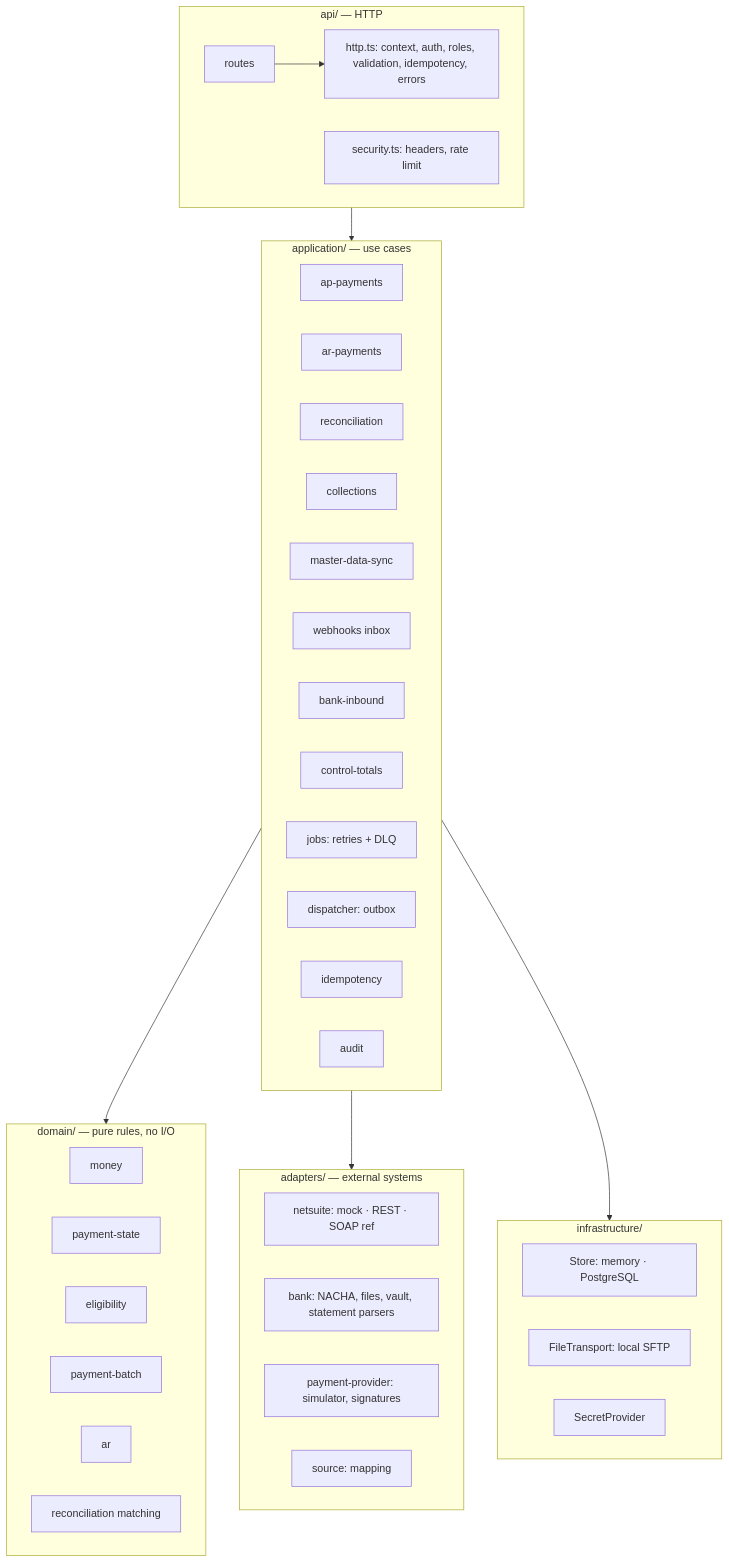
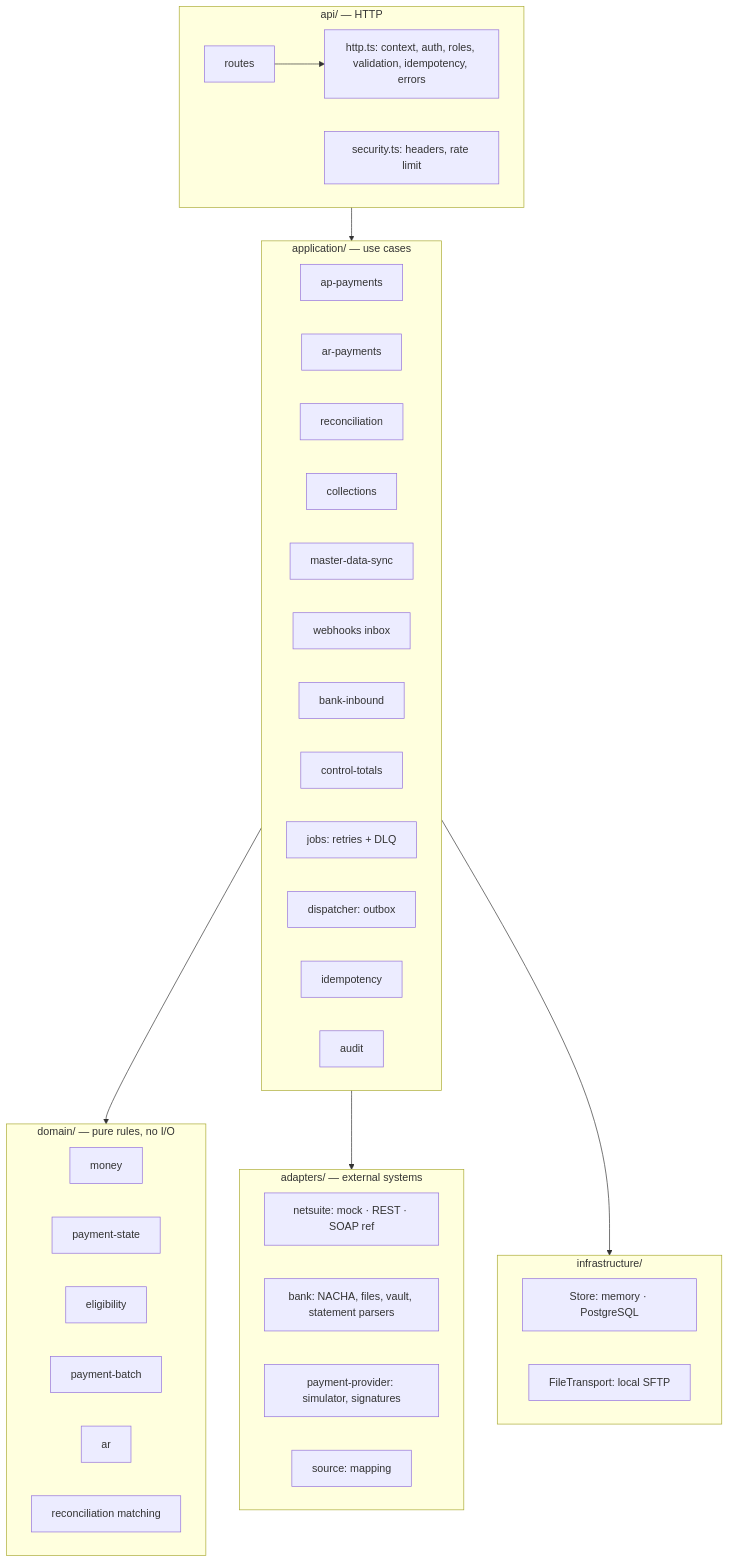
One commit to aarvitechai/NetSuiteV1 changed the second of 2 diagrams in docs/architecture/overview.md. Above: the diagram before and after it, drawn with Mermaid. The commit also changed 35 other files, not shown here.

````diff
--- a/docs/architecture/overview.md
+++ b/docs/architecture/overview.md
@@ -21,24 +21,24 @@
 ```mermaid
 flowchart TB
   subgraph api[api/ — HTTP]
     R[routes] --> H[http.ts: context, auth, roles, validation, idempotency, errors]
     SEC[security.ts: headers, rate limit]
   end
   subgraph app[application/ — use cases]
     APS[ap-payments] & ARS[ar-payments] & REC[reconciliation] & COL[collections] & SYNC[master-data-sync]
     WH[webhooks inbox] & BI[bank-inbound] & CT[control-totals]
     JOBS[jobs: retries + DLQ] & OBX[dispatcher: outbox] & IDEM[idempotency] & AUD[audit]
   end
   subgraph domain[domain/ — pure rules, no I/O]
     M[money] & PS[payment-state] & EL[eligibility] & PB[payment-batch] & ARD[ar] & RM[reconciliation matching]
   end
   subgraph adapters[adapters/ — external systems]
     NSA[netsuite: mock · REST · SOAP ref] & BANKA[bank: NACHA, files, vault, statement parsers] & PROVA[payment-provider: simulator, signatures] & SRC[source: mapping]
   end
   subgraph infra[infrastructure/]
-    ST[Store: memory · PostgreSQL] & FT[FileTransport: local SFTP] & SP[SecretProvider]
+    ST[Store: memory · PostgreSQL] & FT[FileTransport: local SFTP]
   end
   api --> app --> domain
   app --> adapters
   app --> infra
 ```
````
